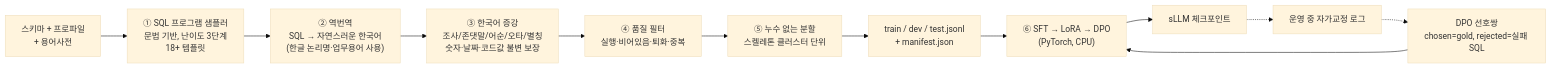
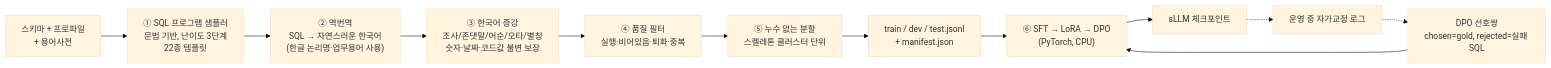
Before and after one commit to sokldjs554/aegis-sql: the diagram in docs/FLYWHEEL.md, drawn with Mermaid (base theme). The commit also changed other lines of this file and 3 other files, not shown here.

````diff
--- a/docs/FLYWHEEL.md
+++ b/docs/FLYWHEEL.md
@@ -13,14 +13,14 @@
 ```mermaid
 flowchart LR
     S["스키마 + 프로파일<br/>+ 용어사전"] --> A
-    A["① SQL 프로그램 샘플러<br/>문법 기반, 난이도 3단계<br/>18+ 템플릿"] --> B
+    A["① SQL 프로그램 샘플러<br/>문법 기반, 난이도 3단계<br/>22종 템플릿"] --> B
     B["② 역번역<br/>SQL → 자연스러운 한국어<br/>(한글 논리명·업무용어 사용)"] --> C
     C["③ 한국어 증강<br/>조사/존댓말/어순/오타/별칭<br/>숫자·날짜·코드값 불변 보장"] --> D
     D["④ 품질 필터<br/>실행·비어있음·퇴화·중복"] --> E
     E["⑤ 누수 없는 분할<br/>스켈레톤 클러스터 단위"] --> F
     F["train / dev / test.jsonl<br/>+ manifest.json"] --> G
     G["⑥ SFT → LoRA → DPO<br/>(PyTorch, CPU)"] --> H["sLLM 체크포인트"]
     H -.-> I["운영 중 자가교정 로그"]
     I -.-> J["DPO 선호쌍<br/>chosen=gold, rejected=실패 SQL"]
     J --> G
 ```
````
